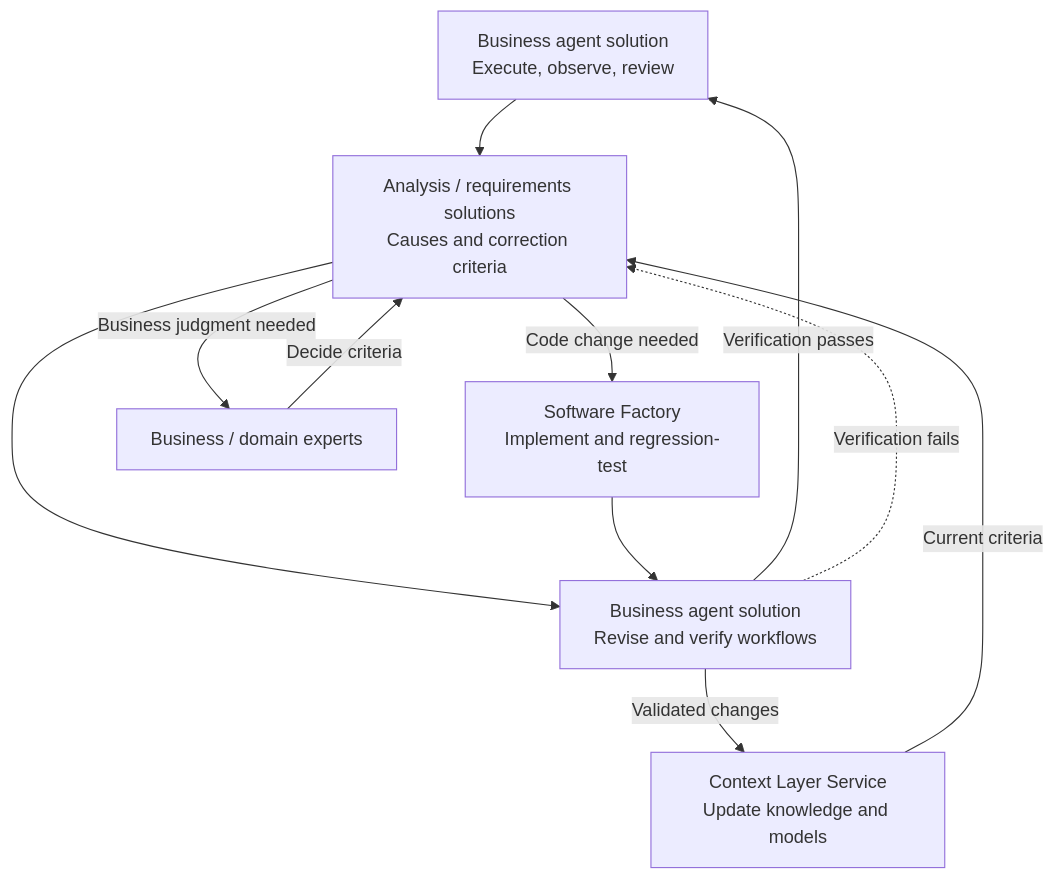
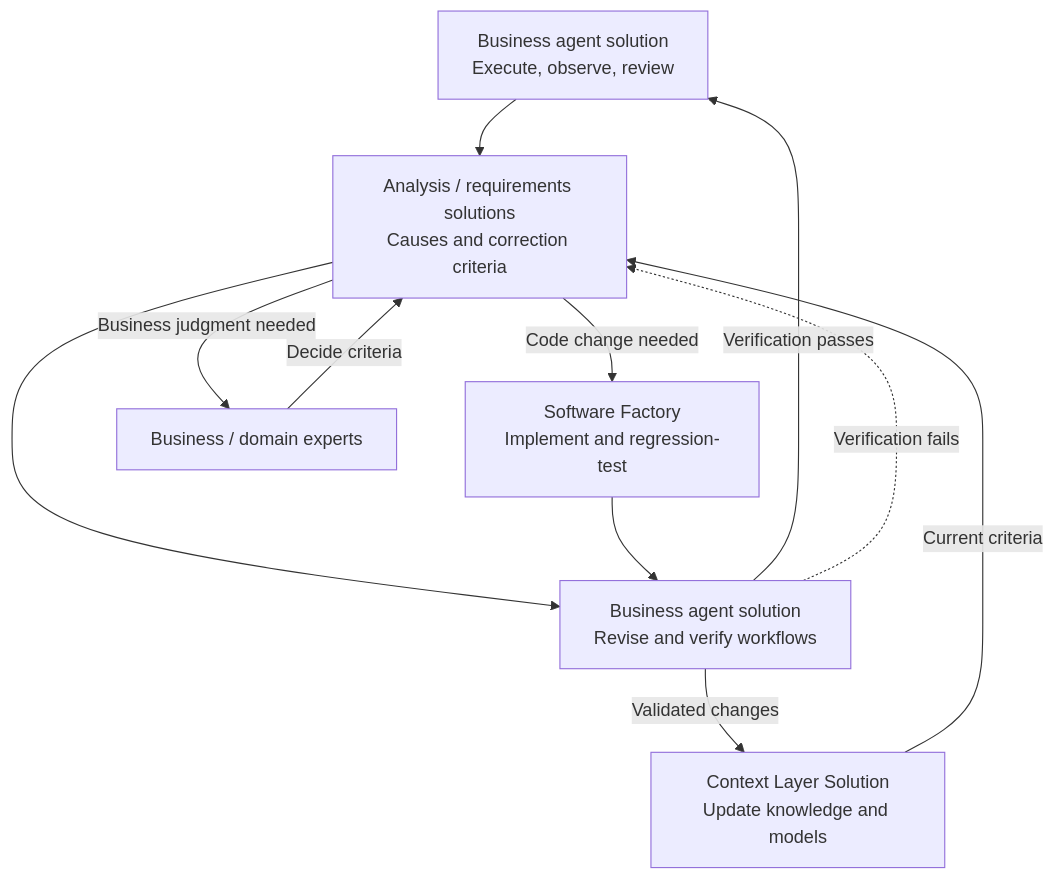
One commit to haandol/haandol.github.com changed the sixth of 6 diagrams in _en/2026-11-05-enterprise-wide-ax-essentials.md. Above: the diagram before and after it, drawn with Mermaid. The commit also changed other lines of this file and 2 other files, not shown here.

````diff
--- a/_en/2026-11-05-enterprise-wide-ax-essentials.md
+++ b/_en/2026-11-05-enterprise-wide-ax-essentials.md
@@ -292,13 +292,13 @@
 ```mermaid
 flowchart TB
   A["Business agent solution<br/>Execute, observe, review"] --> R["Analysis / requirements solutions<br/>Causes and correction criteria"]
   R --> W["Business agent solution<br/>Revise and verify workflows"]
   R -->|"Code change needed"| F["Software Factory<br/>Implement and regression-test"]
   F --> W
   W -->|"Verification passes"| A
-  W -->|"Validated changes"| K["Context Layer Service<br/>Update knowledge and models"]
+  W -->|"Validated changes"| K["Context Layer Solution<br/>Update knowledge and models"]
   K -->|"Current criteria"| R
   R -->|"Business judgment needed"| O["Business / domain experts"]
   O -->|"Decide criteria"| R
   W -.->|"Verification fails"| R
 ```
````
